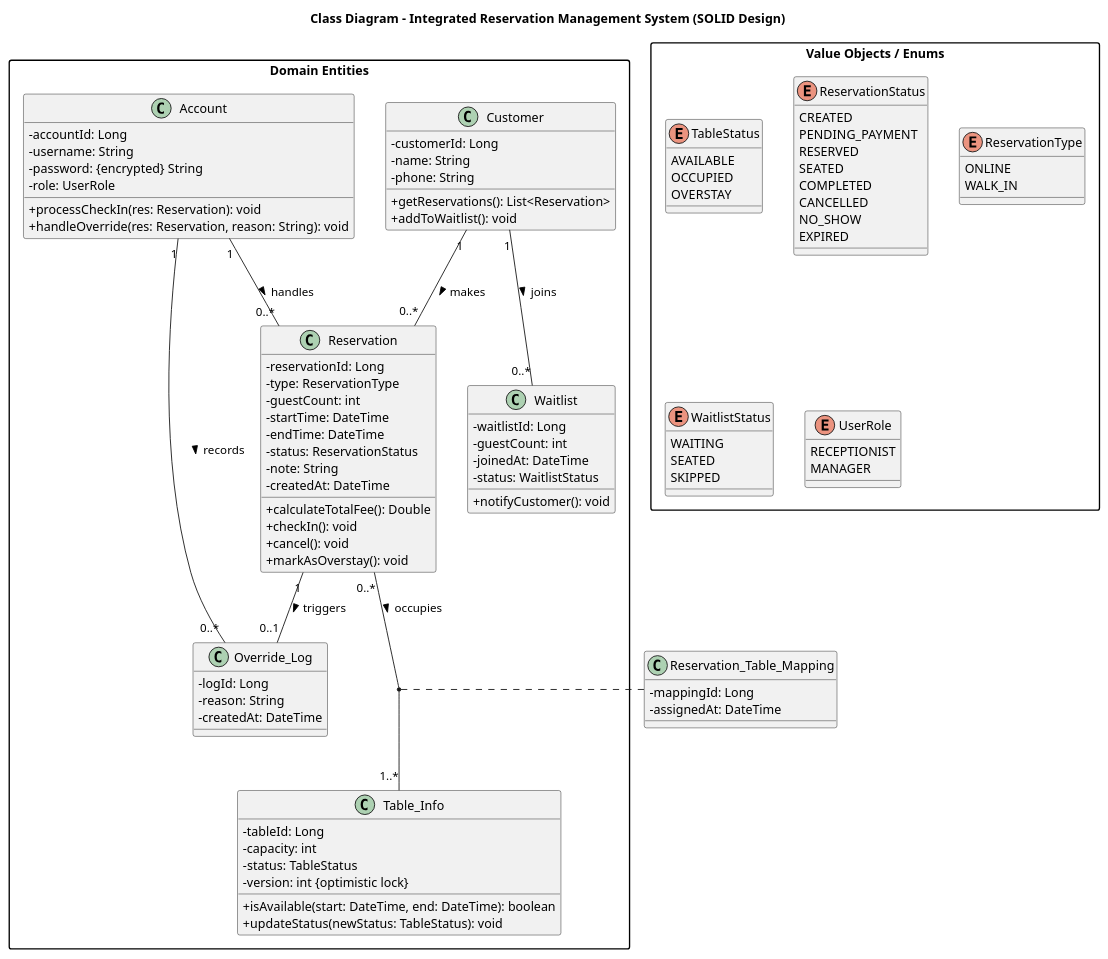
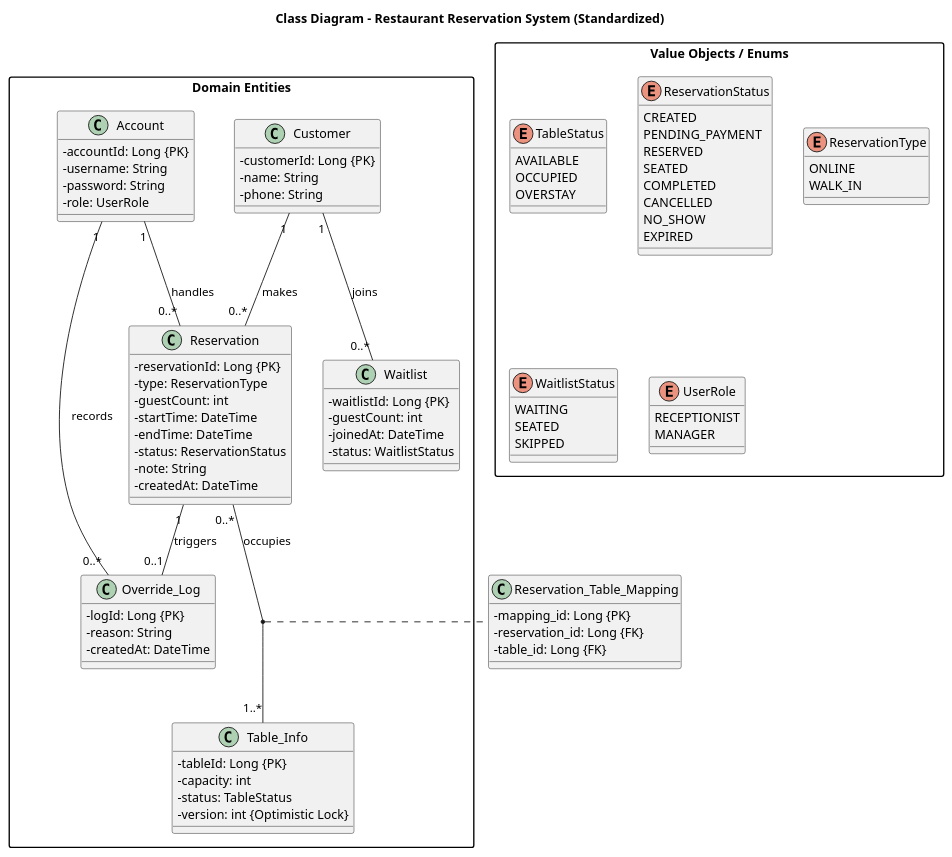
One commit to QuangLam0208/restaurant-reservation-system changed the diagram in docs/uml/class-diagram.puml. Above: the diagram before and after it, drawn with PlantUML.

Commit message:
update class diag

```diff
--- a/docs/uml/class-diagram.puml
+++ b/docs/uml/class-diagram.puml
@@ -1,116 +1,106 @@
 @startuml
-title Class Diagram - Integrated Reservation Management System (SOLID Design)
+title Class Diagram - Restaurant Reservation System (Standardized)
 
 skinparam classAttributeIconSize 0
 skinparam packageStyle rectangle
 
 package "Domain Entities" {
     class Customer {
-        - customerId: Long
+        - customerId: Long {PK}
         - name: String
         - phone: String
-        + getReservations(): List<Reservation>
-        + addToWaitlist(): void
     }
 
     class Table_Info {
-        - tableId: Long
+        - tableId: Long {PK}
         - capacity: int
         - status: TableStatus
-        - version: int {optimistic lock}
-        + isAvailable(start: DateTime, end: DateTime): boolean
-        + updateStatus(newStatus: TableStatus): void
+        - version: int {Optimistic Lock}
     }
 
     class Reservation {
-        - reservationId: Long
+        - reservationId: Long {PK}
         - type: ReservationType
         - guestCount: int
         - startTime: DateTime
         - endTime: DateTime
         - status: ReservationStatus
         - note: String
         - createdAt: DateTime
-        + calculateTotalFee(): Double
-        + checkIn(): void
-        + cancel(): void
-        + markAsOverstay(): void
     }
 
     class Waitlist {
-        - waitlistId: Long
+        - waitlistId: Long {PK}
         - guestCount: int
         - joinedAt: DateTime
         - status: WaitlistStatus
-        + notifyCustomer(): void
     }
 
     class Account {
-        - accountId: Long
+        - accountId: Long {PK}
         - username: String
-        - password: {encrypted} String
+        - password: String
         - role: UserRole
-        + processCheckIn(res: Reservation): void
-        + handleOverride(res: Reservation, reason: String): void
     }
 
     class Override_Log {
-        - logId: Long
+        - logId: Long {PK}
         - reason: String
         - createdAt: DateTime
     }
 }
 
 package "Value Objects / Enums" {
     enum TableStatus {
         AVAILABLE
         OCCUPIED
         OVERSTAY
     }
 
     enum ReservationStatus {
         CREATED
         PENDING_PAYMENT
         RESERVED
         SEATED
         COMPLETED
         CANCELLED
         NO_SHOW
         EXPIRED
     }
 
     enum ReservationType {
         ONLINE
         WALK_IN
     }
 
     enum WaitlistStatus {
         WAITING
         SEATED
         SKIPPED
     }
 
     enum UserRole {
         RECEPTIONIST
         MANAGER
     }
 }
 
-' Relationships
-Customer "1" -- "0..*" Reservation : makes >
-Customer "1" -- "0..*" Waitlist : joins >
+' Mối quan hệ giữa các thực thể
+Customer "1" -- "0..*" Reservation : "makes"
+Customer "1" -- "0..*" Waitlist : "joins"
 
-' Relationship many-to-many for Table Merging
-Reservation "0..*" -- "1..*" Table_Info : occupies >
+' Quan hệ Nhiều - Nhiều cho nghiệp vụ Ghép bàn
+Reservation "0..*" -- "1..*" Table_Info : "occupies"
 (Reservation, Table_Info) .. Reservation_Table_Mapping
 
 class Reservation_Table_Mapping {
-    - mappingId: Long
-    - assignedAt: DateTime
+    - mapping_id: Long {PK}
+    - reservation_id: Long {FK}
+    - table_id: Long {FK}
 }
 
-Account "1" -- "0..*" Reservation : handles >
-Account "1" -- "0..*" Override_Log : records >
-Reservation "1" -- "0..1" Override_Log : triggers >
+Account "1" -- "0..*" Reservation : "handles"
+Account "1" -- "0..*" Override_Log : "records"
+Reservation "1" -- "0..1" Override_Log : "triggers"
 
 @enduml
```
